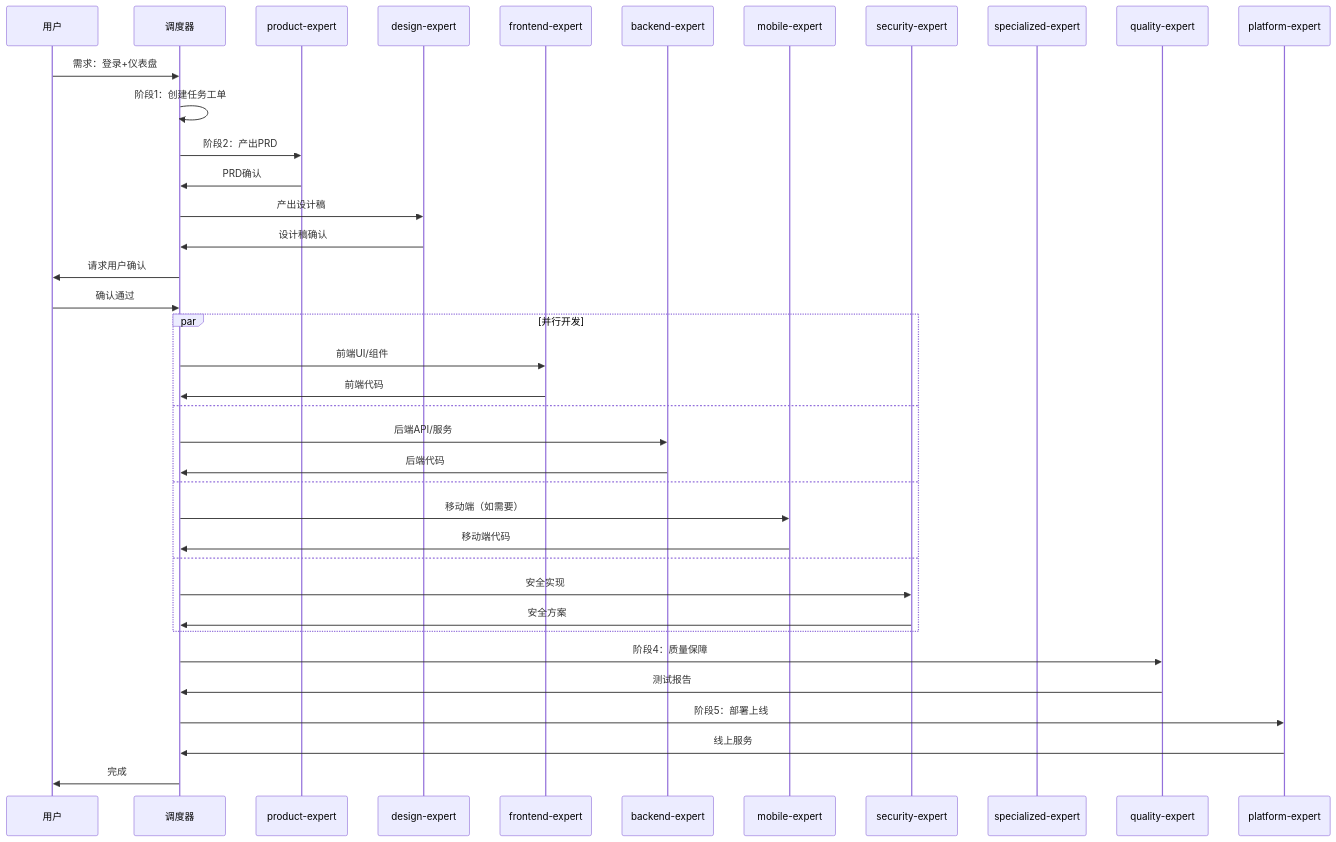
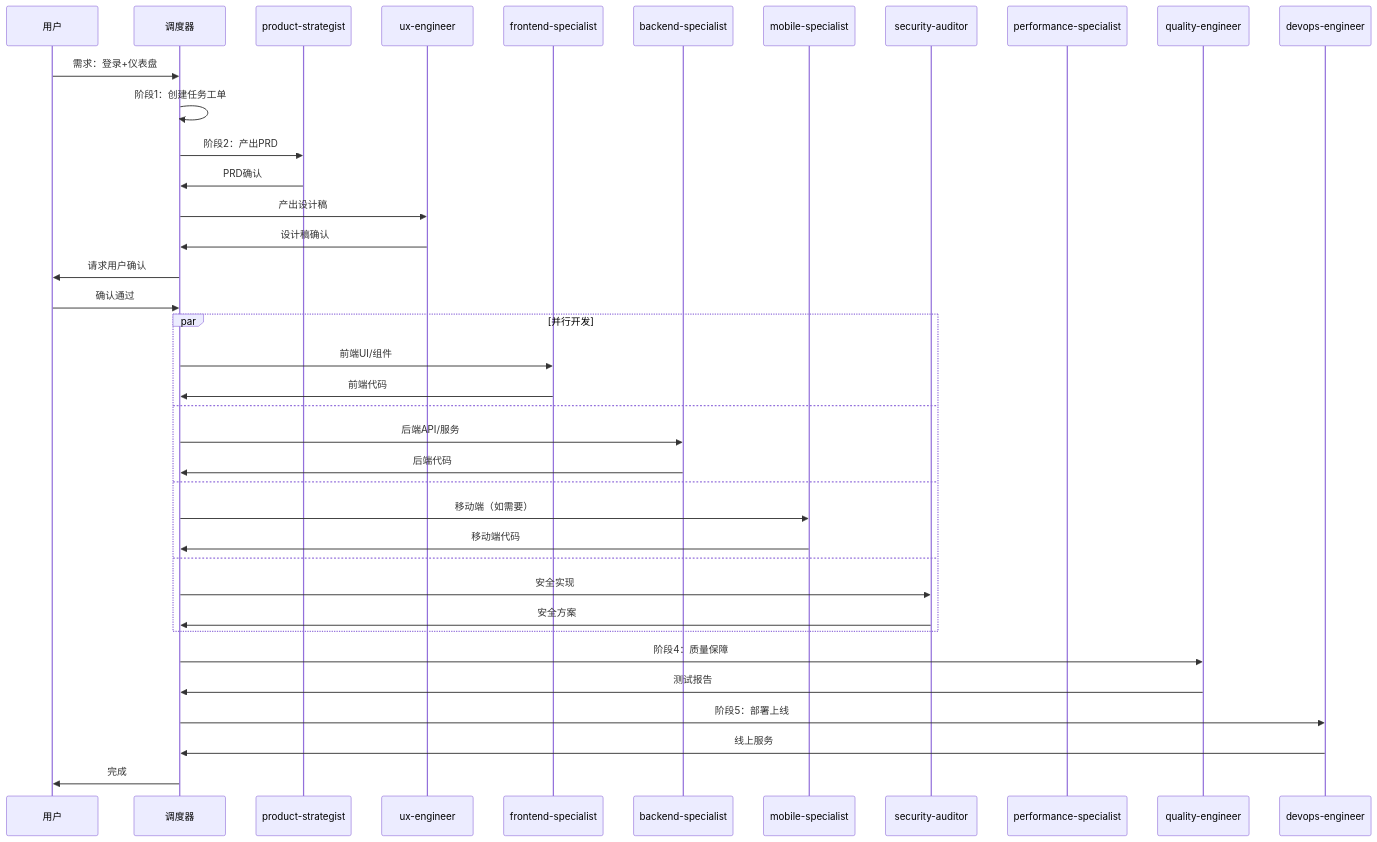
The third of 3 diagrams in skills/use-workflow/SKILL.md (Tooooommy/Trae-Workflow), drawn with Mermaid before and after one commit. The commit also changed other lines of this file and 26 other files, not shown here.

First line of the commit message:
refactor: rename expert skills to new architecture

````diff
--- a/skills/use-workflow/SKILL.md
+++ b/skills/use-workflow/SKILL.md
@@ -380,41 +380,41 @@
 ```mermaid
 sequenceDiagram
     participant U as 用户
     participant O as 调度器
-    participant P as product-expert
-    participant D as design-expert
-    participant FE as frontend-expert
-    participant BE as backend-expert
-    participant M as mobile-expert
-    participant Sec as security-expert
-    participant S as specialized-expert
-    participant Q as quality-expert
-    participant Ops as platform-expert
+    participant P as product-strategist
+    participant D as ux-engineer
+    participant FE as frontend-specialist
+    participant BE as backend-specialist
+    participant M as mobile-specialist
+    participant Sec as security-auditor
+    participant S as performance-specialist
+    participant Q as quality-engineer
+    participant Ops as devops-engineer
 
     U->>O: 需求：登录+仪表盘
     O->>O: 阶段1：创建任务工单
     O->>P: 阶段2：产出PRD
     P->>O: PRD确认
     O->>D: 产出设计稿
     D->>O: 设计稿确认
     O->>U: 请求用户确认
     U->>O: 确认通过
     par 并行开发
         O->>FE: 前端UI/组件
         FE->>O: 前端代码
     and
         O->>BE: 后端API/服务
         BE->>O: 后端代码
     and
         O->>M: 移动端（如需要）
         M->>O: 移动端代码
     and
         O->>Sec: 安全实现
         Sec->>O: 安全方案
     end
     O->>Q: 阶段4：质量保障
     Q->>O: 测试报告
     O->>Ops: 阶段5：部署上线
     Ops->>O: 线上服务
     O->>U: 完成
 ```
````
